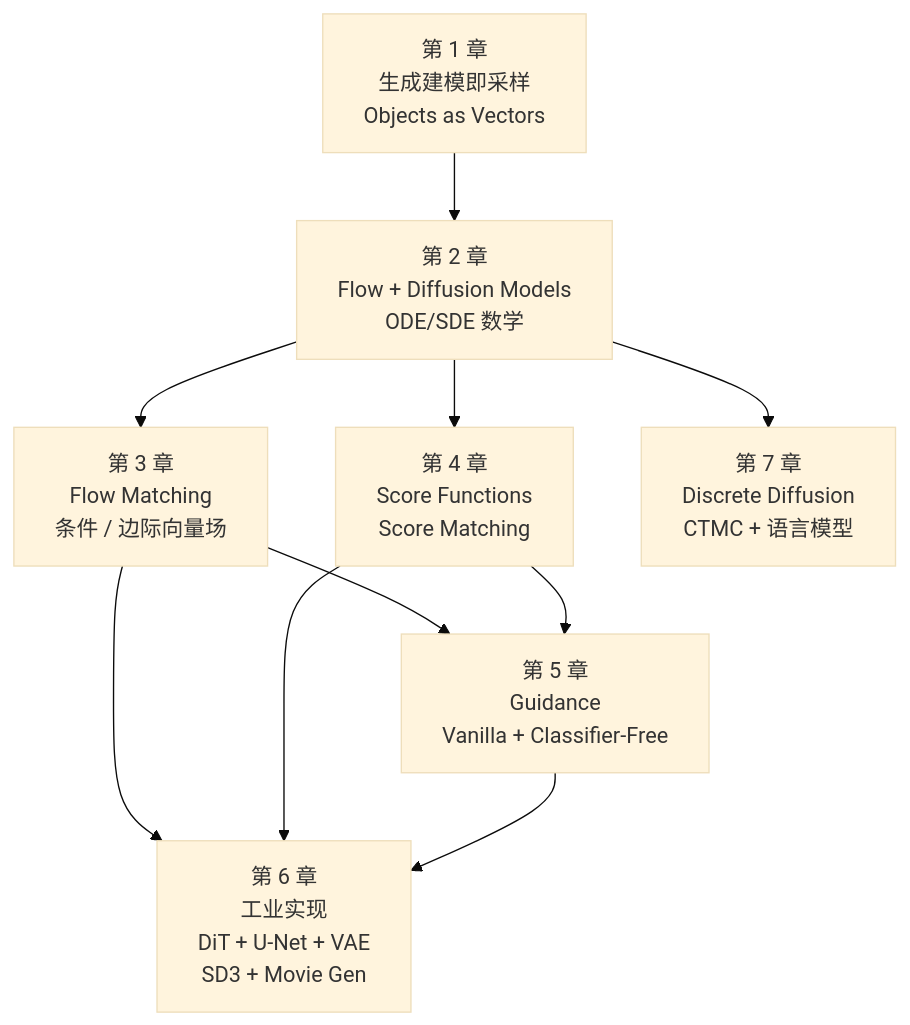
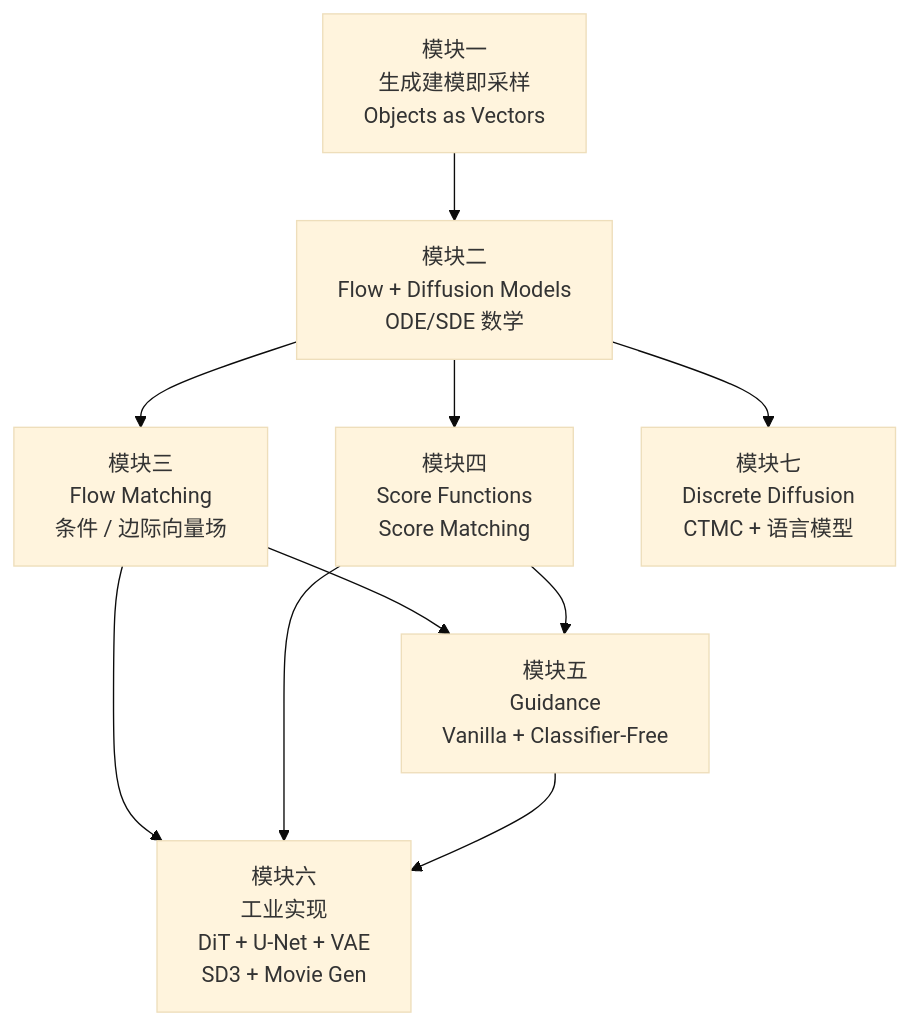
The diagram in content/posts/tech/mit-6s184-flow-matching-diffusion-unified-perspective.md (A1pha3/text-matrix), drawn with Mermaid (base theme) before and after one commit. The commit also changed other lines of this file and 68 other files, not shown here.

````diff
--- a/content/posts/tech/mit-6s184-flow-matching-diffusion-unified-perspective.md
+++ b/content/posts/tech/mit-6s184-flow-matching-diffusion-unified-perspective.md
@@ -77,19 +89,19 @@
 ```mermaid
 graph TD
-  A["第 1 章<br/>生成建模即采样<br/>Objects as Vectors"]
-  B["第 2 章<br/>Flow + Diffusion Models<br/>ODE/SDE 数学"]
-  C["第 3 章<br/>Flow Matching<br/>条件 / 边际向量场"]
-  D["第 4 章<br/>Score Functions<br/>Score Matching"]
-  E["第 5 章<br/>Guidance<br/>Vanilla + Classifier-Free"]
-  F["第 6 章<br/>工业实现<br/>DiT + U-Net + VAE<br/>SD3 + Movie Gen"]
-  G["第 7 章<br/>Discrete Diffusion<br/>CTMC + 语言模型"]
+  A["模块一<br/>生成建模即采样<br/>Objects as Vectors"]
+  B["模块二<br/>Flow + Diffusion Models<br/>ODE/SDE 数学"]
+  C["模块三<br/>Flow Matching<br/>条件 / 边际向量场"]
+  D["模块四<br/>Score Functions<br/>Score Matching"]
+  E["模块五<br/>Guidance<br/>Vanilla + Classifier-Free"]
+  F["模块六<br/>工业实现<br/>DiT + U-Net + VAE<br/>SD3 + Movie Gen"]
+  G["模块七<br/>Discrete Diffusion<br/>CTMC + 语言模型"]
   A --> B
   B --> C
   B --> D
   C --> E
   D --> E
   C --> F
   D --> F
   E --> F
   B --> G
 ```
````
